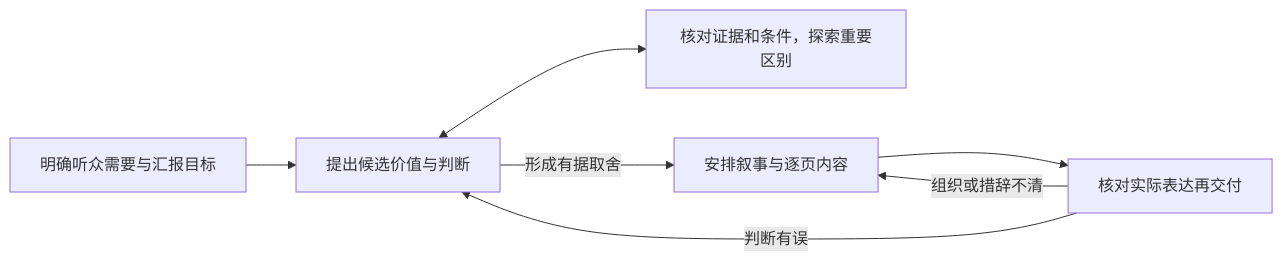
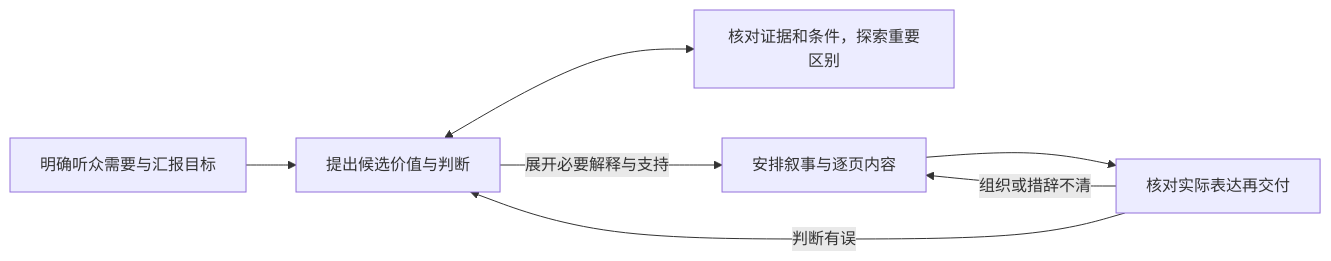
Before and after one commit to River-Singer/How-to-Report: the diagram in README.md, drawn with Mermaid. The commit also changed other lines of this file and 75 other files, not shown here.

````diff
--- a/README.md
+++ b/README.md
@@ -65,9 +71,9 @@
 ```mermaid
 flowchart LR
     A[明确听众需要与汇报目标] --> B[提出候选价值与判断]
     B <--> E[核对证据和条件，探索重要区别]
-    B -->|形成有据取舍| C[安排叙事与逐页内容]
+    B -->|展开必要解释与支持| C[安排叙事与逐页内容]
     C --> D[核对实际表达再交付]
     D -->|判断有误| B
     D -->|组织或措辞不清| C
 ```
````
